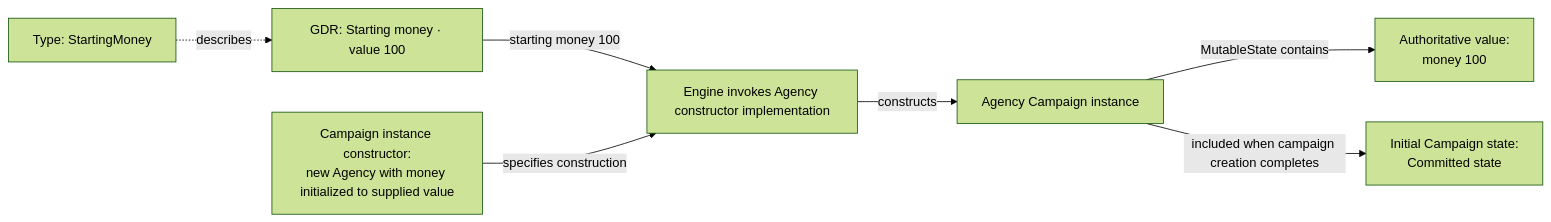
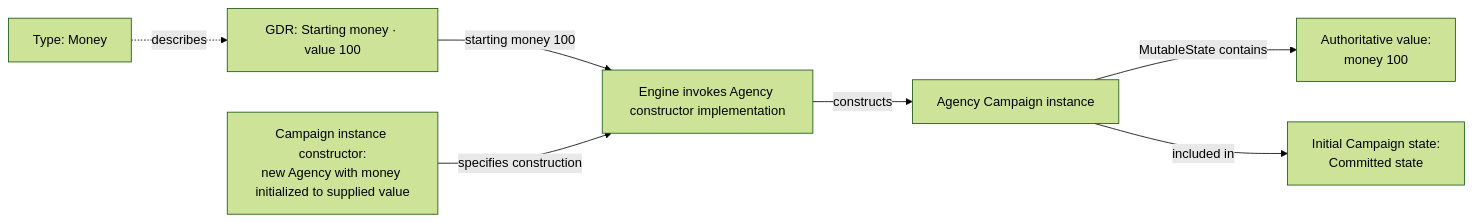
One commit to konrad-jamrozik/game-v5 changed the first of 4 diagrams in docs/specs/foundation/modeling-foundations.md. Above: the diagram before and after it, drawn with Mermaid (forest theme). The commit also changed other lines of this file, not shown here.

Commit message:
Align archetype example with GDR role sections

````diff
--- a/docs/specs/foundation/modeling-foundations.md
+++ b/docs/specs/foundation/modeling-foundations.md
@@ -155,9 +156,9 @@
 ```mermaid
 flowchart LR
-    Type["Type: StartingMoney"] -.->|describes| GDR["GDR: Starting money · value 100"]
+    Type["Type: Money"] -.->|describes| GDR["GDR: Starting money · value 100"]
     GDR -->|starting money 100| Engine["Engine invokes Agency constructor implementation"]
     Constructor["Campaign instance constructor:<br/>new Agency with money initialized to supplied value"] -->|specifies construction| Engine
     Engine -->|constructs| Agency["Agency Campaign instance"]
     Agency -->|MutableState contains| Money["Authoritative value:<br/>money 100"]
-    Agency -->|included when campaign creation completes| State["Initial Campaign state:<br/>Committed state"]
+    Agency -->|included in| State["Initial Campaign state:<br/>Committed state"]
 ```
````
